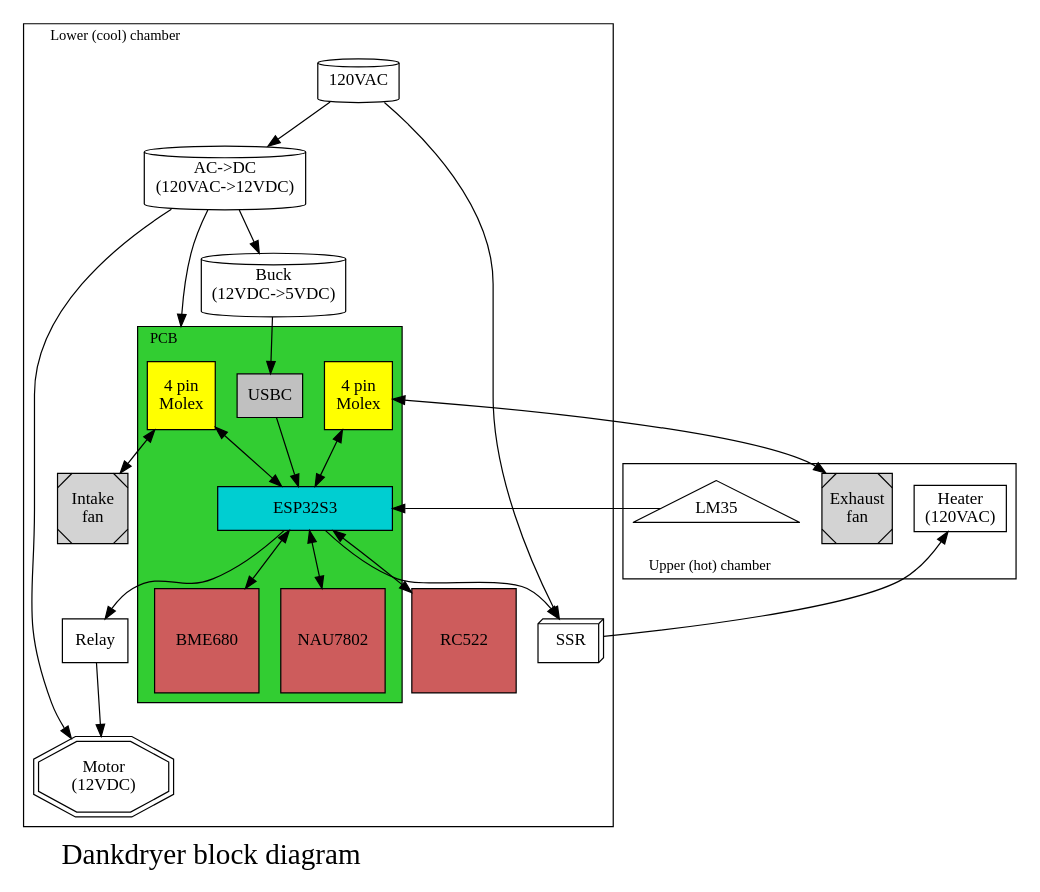
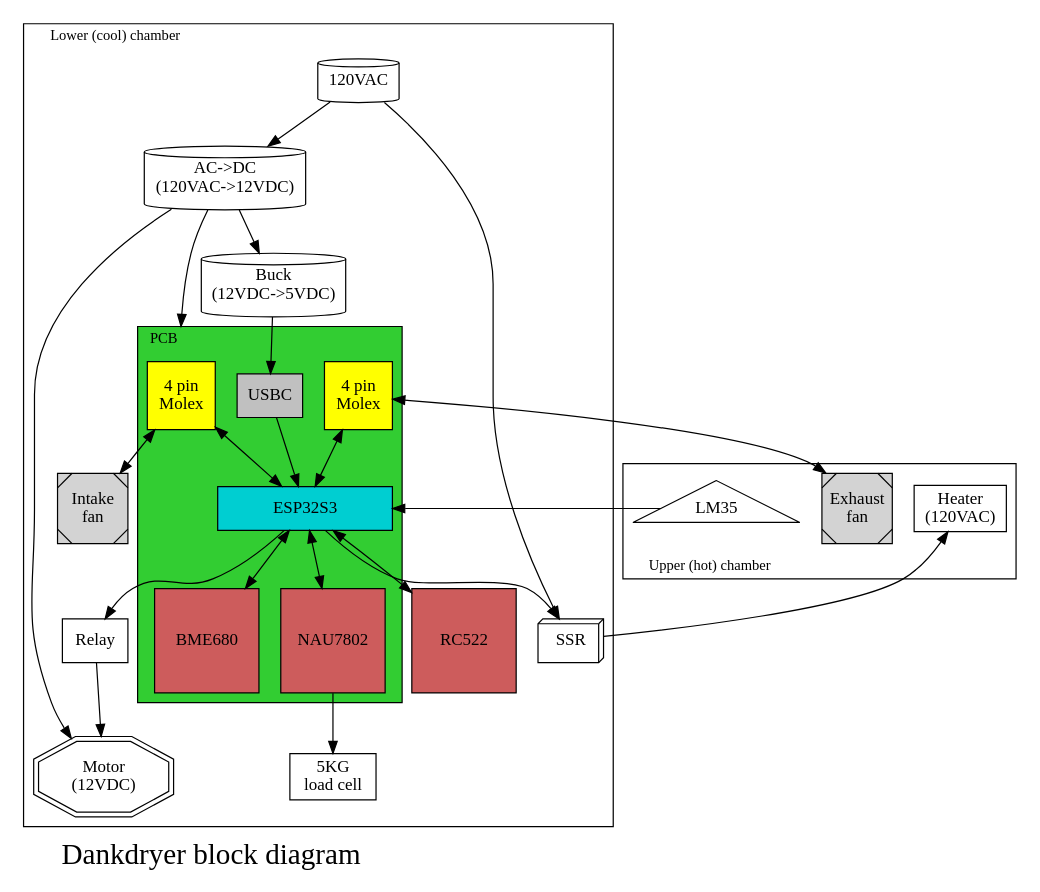
The diagram in blockdiagram.dot (dankamongmen/dankdryer), drawn with Graphviz before and after one commit.

Commit message:
add load cell to block diagram

```diff
--- a/blockdiagram.dot
+++ b/blockdiagram.dot
@@ -1,68 +1,70 @@
 digraph blockdiagram {
   compound=true; // for links between subgraphs
   node [ fontname="Gentium Book Plus" ]
   label="Dankdryer block diagram"
   fontsize=24
   labeljust = l
 
   subgraph clusterLower {
     fontsize=12
 
     subgraph clusterPCB {
       label = "PCB"
       labelloc = t
       style = filled
       fillcolor = limegreen
       ESP32S3 [ shape=rectangle width=2 fixedsize=true fillcolor=darkturquoise style=filled ]
       Molex1  [ shape=square fillcolor=yellow style=filled label="4 pin\nMolex" ]
       Molex2  [ shape=square fillcolor=yellow style=filled label="4 pin\nMolex" ]
       //TB6612FNG [ shape=square width=1.2 fillcolor=indianred style=filled fixedsize=true ]
       BME680 [ shape=square width=1.2 fillcolor=indianred style=filled fixedsize=true ]
       NAU7802 [ shape=square width=1.2 fillcolor=indianred style=filled fixedsize=true ]
       USBC [ shape=rectangle fillcolor=silver style=filled ]
       Molex1 -> ESP32S3 [ dir=both ]
       Molex2 -> ESP32S3 [ dir=both ]
       USBC -> ESP32S3
       ESP32S3 -> BME680 [ dir=both ]
       ESP32S3 -> NAU7802 [ dir=both ]
     }
 
     Motor [ shape=doubleoctagon label="Motor\n(12VDC)" ]
     Fan1 [ shape=Msquare width=0.8 label="Intake\nfan" bgcolor=black style=filled fixedsize=true ]
     //TB6612FNG -> Motor
     label = "Lower (cool) chamber"
     RC522 [ shape=square fillcolor=indianred style=filled width=1.2 fixedsize=true ]
     ESP32S3 -> RC522 [ dir=both ]
     ACAdapter [ shape=cylinder label="AC->DC\n(120VAC->12VDC)" ]
     Buck [ shape=cylinder label="Buck\n(12VDC->5VDC)" ]
     ACAdapter -> Buck
     ACAdapter -> Motor
     ACAdapter -> Molex1 [ lhead=clusterPCB ]
     AC [ shape=cylinder label="120VAC" ]
     AC -> SSR
     AC -> ACAdapter
     Buck -> USBC
     Relay [ shape=rectangle ]
     Relay -> Motor
     ESP32S3 -> Relay
     SSR [ shape=box3d ]
+    LoadCell [ shape=rectangle fillcolor=grey label="5KG\nload cell" ]
+    NAU7802 -> LoadCell
 
   }
 
   subgraph clusterUpper {
     fontsize=12
     labelloc=b
 
     Heater [ shape=rectangle label="Heater\n(120VAC)" ]
     Fan2 [ shape=Msquare width=0.8 label="Exhaust\nfan" bgcolor=black style=filled fixedsize=true ]
     LM35 [ shape=triangle ]
     Molex1 -> Fan1 [ dir=both ]
     Molex2 -> Fan2 [ dir=both ]
     ESP32S3 -> SSR
     SSR -> Heater
     LM35 -> ESP32S3
     label = "Upper (hot) chamber"
 
   }
 
 }
```
